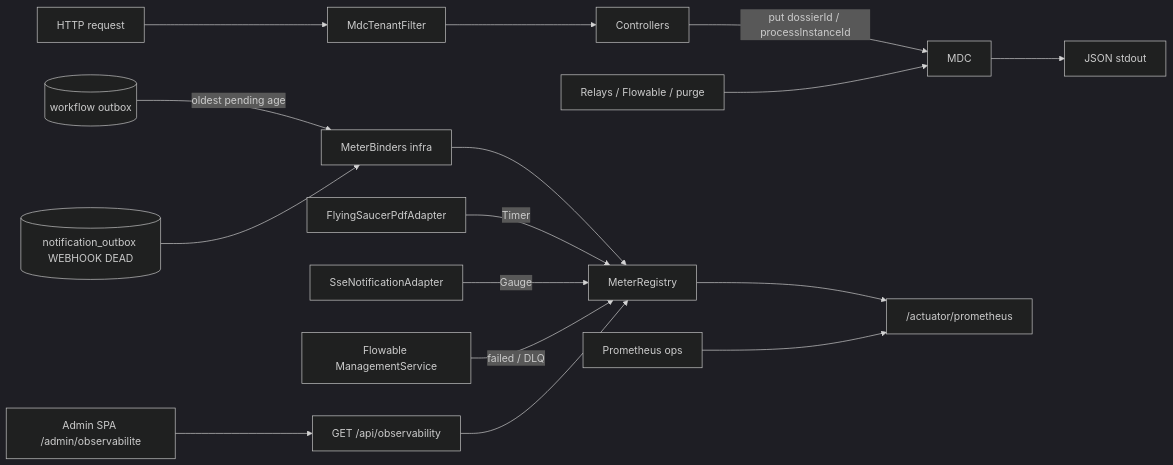
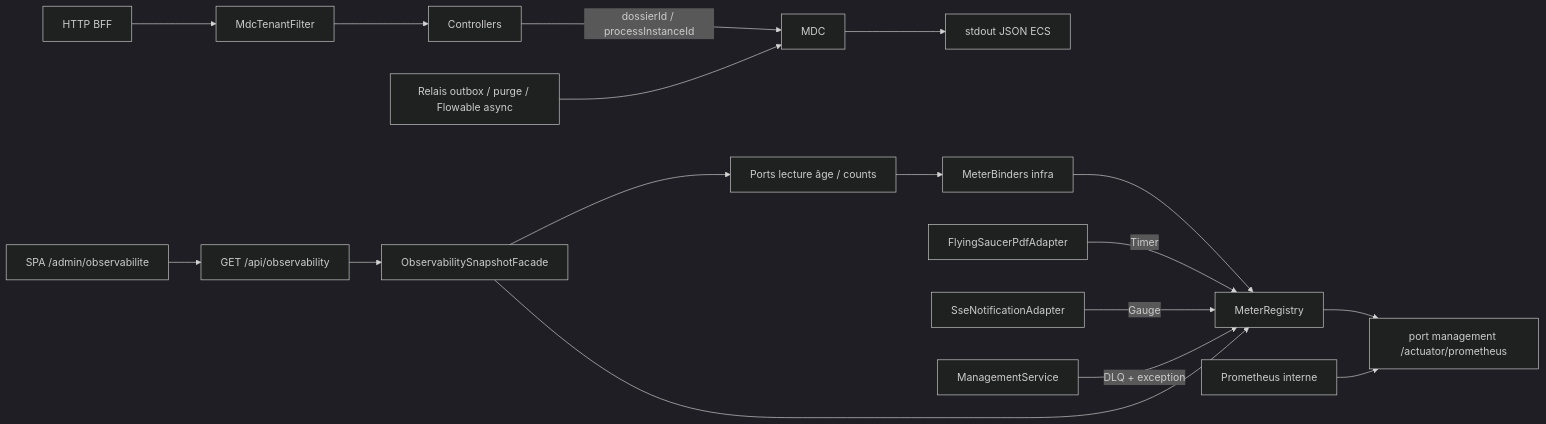
Before and after one commit to superjojo79/Myrmacta: the diagram in docs/ai/design/2026-08-20-feature-observabilite.md, drawn with Mermaid (dark theme). The commit also changed other lines of this file and 9 other files, not shown here.

````diff
--- a/docs/ai/design/2026-08-20-feature-observabilite.md
+++ b/docs/ai/design/2026-08-20-feature-observabilite.md
@@ -20,19 +22,20 @@
 ```mermaid
 flowchart LR
-  http[HTTP request] --> mdcFilter[MdcTenantFilter]
+  http[HTTP BFF] --> mdcFilter[MdcTenantFilter]
   mdcFilter --> ctrl[Controllers]
-  ctrl -->|put dossierId / processInstanceId| mdc[MDC]
-  jobs[Relays / Flowable / purge] --> mdc
-  mdc --> jsonLogs[JSON stdout]
-  binders[MeterBinders infra]
+  ctrl -->|dossierId / processInstanceId| mdc[MDC]
+  jobs[Relais outbox / purge / Flowable async] --> mdc
+  mdc --> jsonLogs["stdout JSON ECS"]
+  ports[Ports lecture âge / counts]
+  ports --> binders[MeterBinders infra]
   binders --> registry[MeterRegistry]
   pdf[FlyingSaucerPdfAdapter] -->|Timer| registry
   sse[SseNotificationAdapter] -->|Gauge| registry
-  flowable[Flowable ManagementService] -->|failed / DLQ| registry
-  outbox[(workflow outbox)] -->|oldest pending age| binders
-  notifDlq[(notification_outbox WEBHOOK DEAD)] --> binders
-  registry --> prom["/actuator/prometheus"]
-  scrape[Prometheus ops] --> prom
-  spa[Admin SPA /admin/observabilite] --> snapApi["GET /api/observability"]
-  snapApi --> registry
+  flowable[ManagementService] -->|DLQ + exception| registry
+  registry --> prom["port management /actuator/prometheus"]
+  scrape[Prometheus interne] --> prom
+  spa["SPA /admin/observabilite"] --> snapApi["GET /api/observability"]
+  snapApi --> facade[ObservabilitySnapshotFacade]
+  facade --> ports
+  facade --> registry
 ```
````
